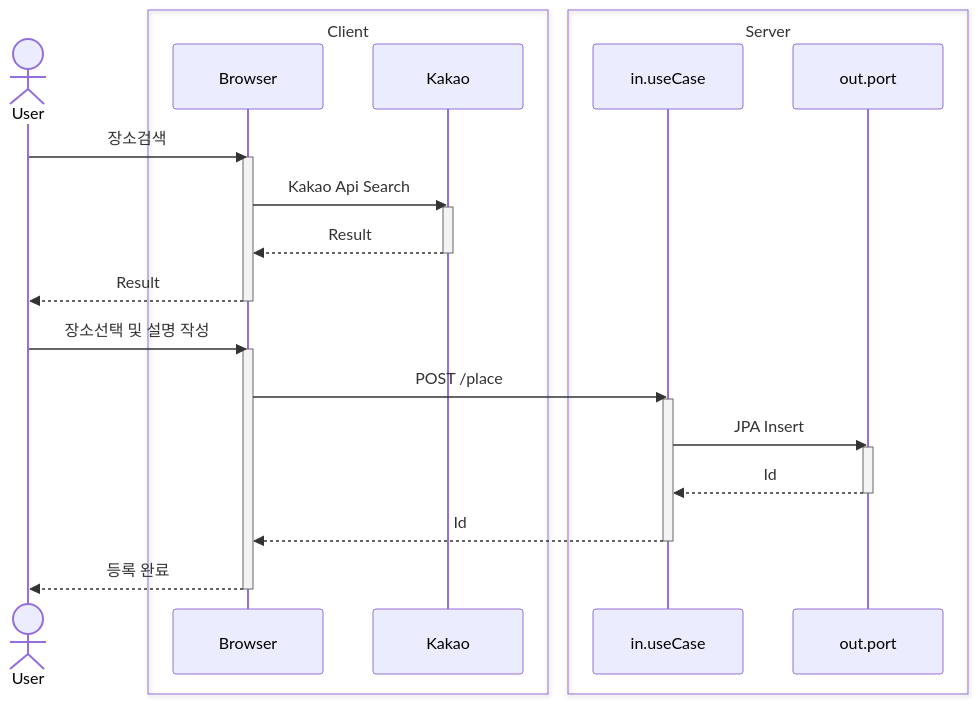
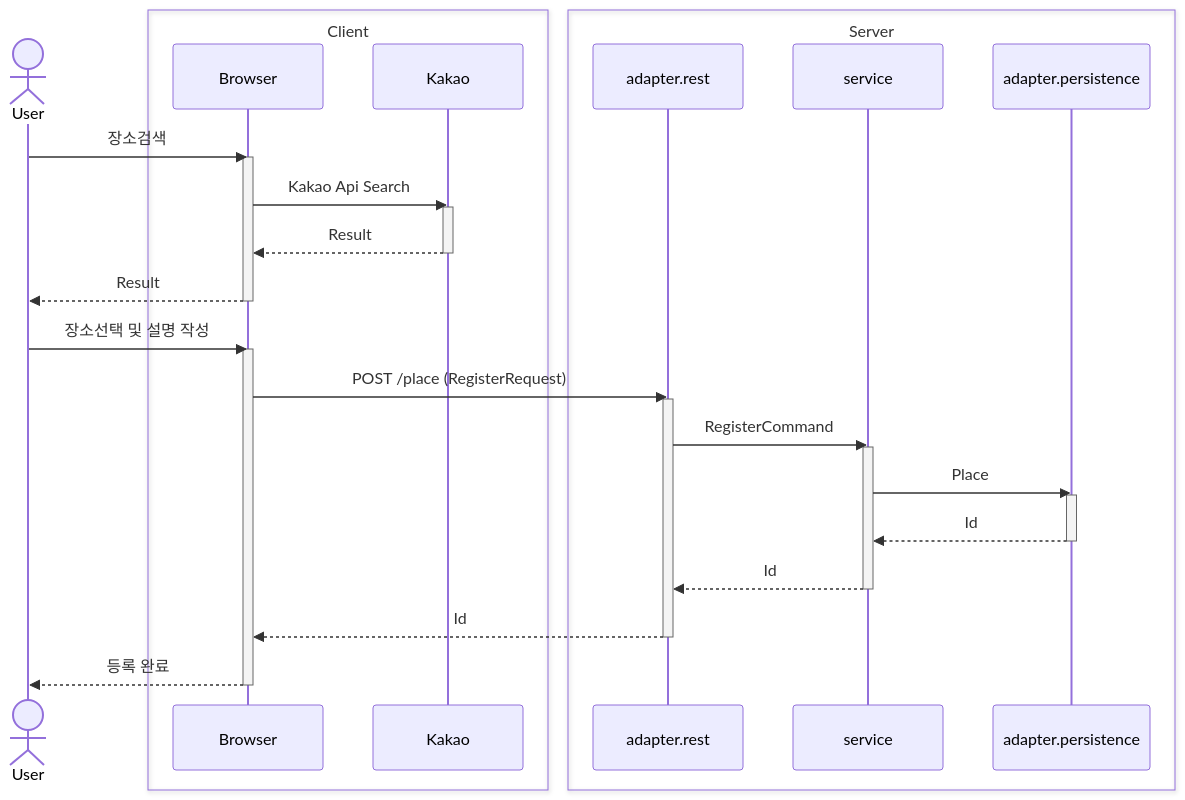
One commit to cbnu12/koc-new changed the second of 3 diagrams in src/main/java/com/koc/place/place.usecase.md. Above: the diagram before and after it, drawn with Mermaid. The commit also changed other lines of this file, not shown here.

Commit message:
WIP: Define UseCase

````diff
--- a/src/main/java/com/koc/place/place.usecase.md
+++ b/src/main/java/com/koc/place/place.usecase.md
@@ -14,36 +15,40 @@
 ```mermaid
 sequenceDiagram
     actor User
     box Client
         participant Browser
         participant Kakao
     end
     box Server
-        participant in.useCase
-        participant out.port
+        participant adapter.rest
+        participant service
+        participant adapter.persistence
     end
 
     User ->> Browser: 장소검색
 
     activate Browser
     Browser ->> Kakao: Kakao Api Search
     activate Kakao
     Kakao -->> Browser: Result
     deactivate Kakao
     Browser -->> User: Result
     deactivate Browser
 
-
     User ->> Browser: 장소선택 및 설명 작성
     activate Browser
-    Browser ->> in.useCase: POST /place
-    activate in.useCase
-    in.useCase ->> out.port: JPA Insert
-    activate out.port
-    out.port -->> in.useCase: Id
-    deactivate out.port
-    in.useCase -->> Browser: Id
-    deactivate in.useCase
+    Browser ->> adapter.rest: POST /place (RegisterRequest)
+    activate adapter.rest
+    adapter.rest ->> service: RegisterCommand
+    activate service
+    service ->> adapter.persistence: Place
+    activate adapter.persistence
+    adapter.persistence -->> service: Id
+    deactivate adapter.persistence
+    service -->> adapter.rest: Id
+    deactivate service
+    adapter.rest -->> Browser: Id
+    deactivate adapter.rest
     Browser -->> User: 등록 완료
     deactivate Browser
 ```
````
